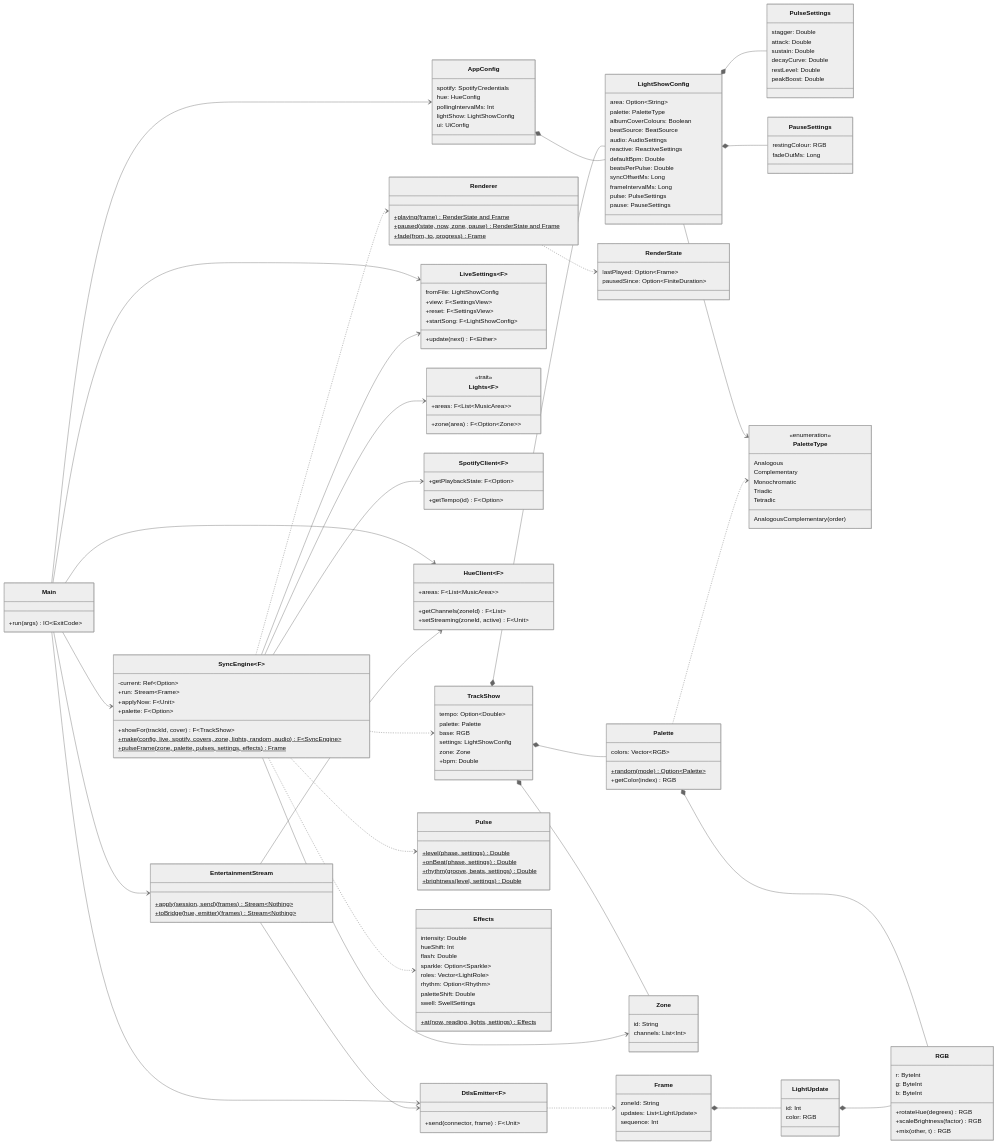
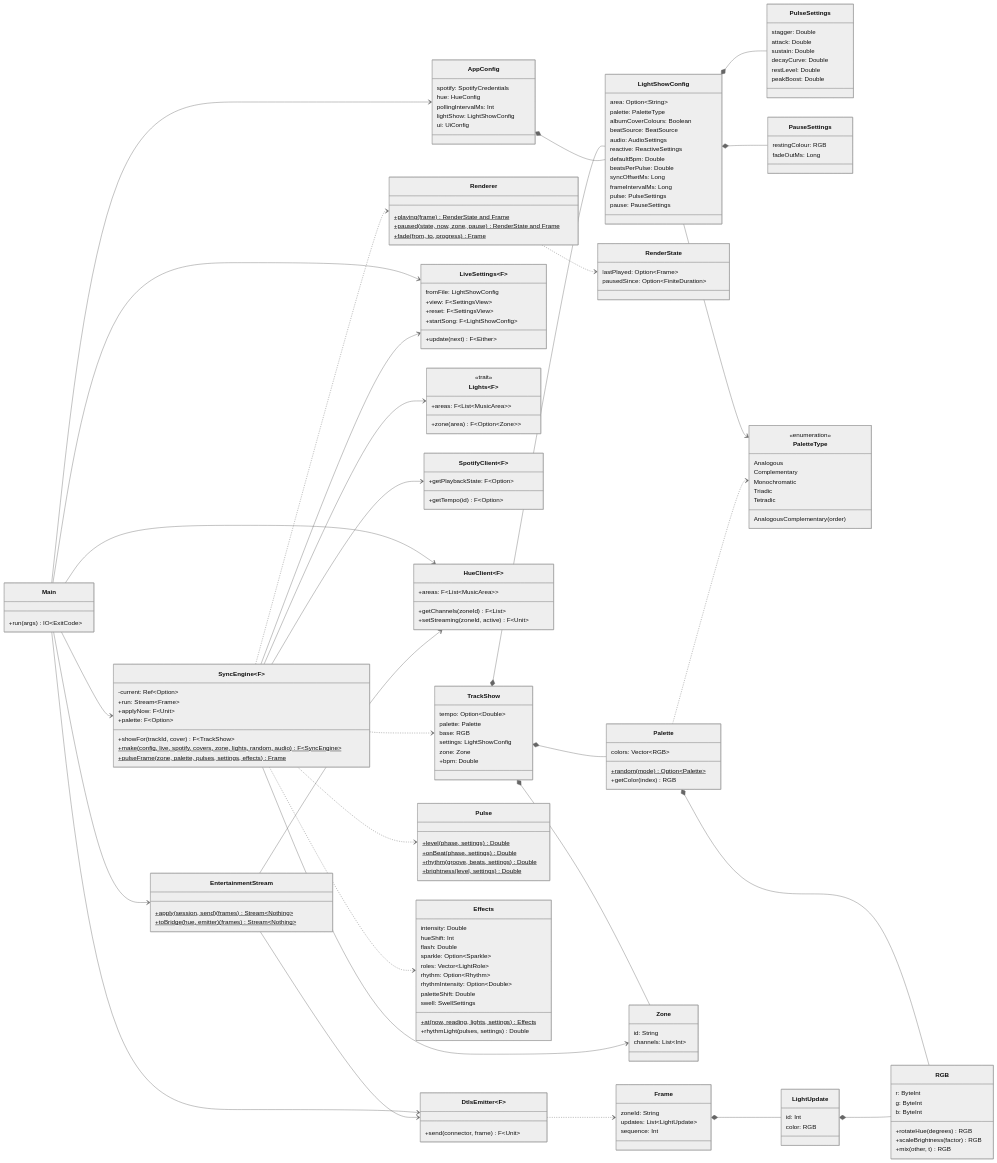
Before and after one commit to LorenzoPrinsloo/spotify-hue-sync: the second of 3 diagrams in docs/architecture.md, drawn with Mermaid (neutral theme). The commit also changed other lines of this file and 27 other files, not shown here.

First line of the commit message:
Calm the rhythm lights with min-gap, threshold and smoothing settings (#47)

```diff
--- a/docs/architecture.md
+++ b/docs/architecture.md
@@ -184,9 +184,11 @@
         sparkle: Option~Sparkle~
         roles: Vector~LightRole~
         rhythm: Option~Rhythm~
+        rhythmIntensity: Option~Double~
         paletteShift: Double
         swell: SwellSettings
         +at(now, reading, lights, settings)$ Effects
+        +rhythmLight(pulses, settings) Double
     }
     class Renderer {
         +playing(frame)$ RenderState and Frame
```
